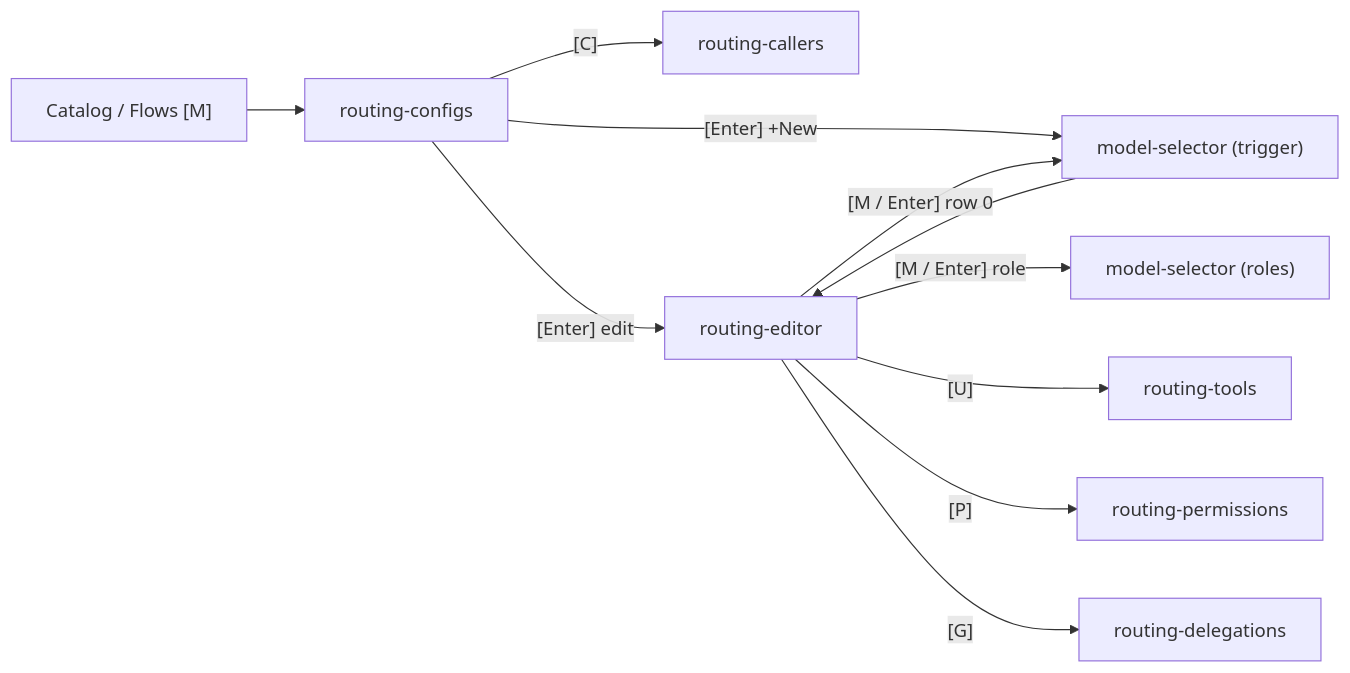
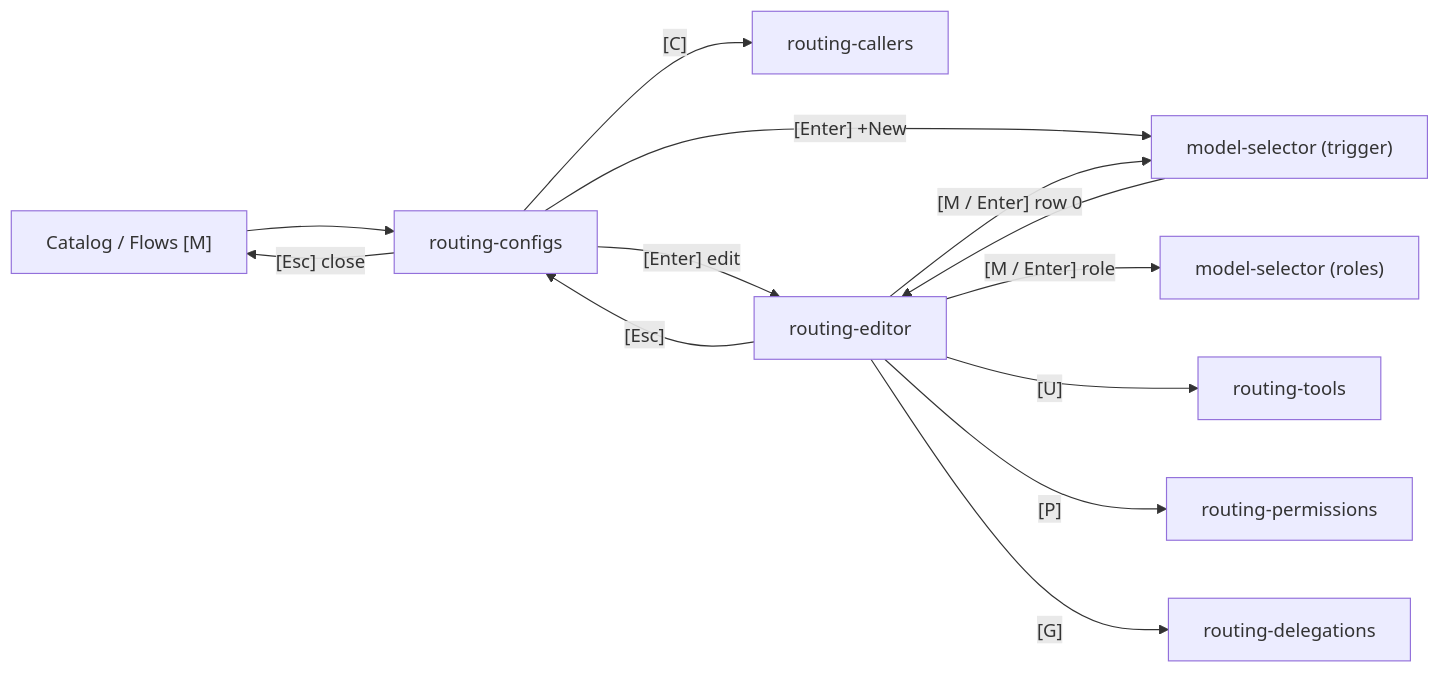
Before and after one commit to lorecanc/manage-agents: the diagram in wiki/components/workspaces-flows-and-sources.md, drawn with Mermaid. The commit also changed other lines of this file and 27 other files, not shown here.

````diff
--- a/wiki/components/workspaces-flows-and-sources.md
+++ b/wiki/components/workspaces-flows-and-sources.md
@@ -113,13 +135,15 @@
 ```mermaid
 graph LR
     Main["Catalog / Flows [M]"] --> Configs["routing-configs"]
     Configs -->|"[C]"| Callers["routing-callers"]
     Configs -->|"[Enter] edit"| Editor["routing-editor"]
     Configs -->|"[Enter] +New"| Picker["model-selector (trigger)"]
     Picker --> Editor
     Editor -->|"[M / Enter] row 0"| Picker
     Editor -->|"[M / Enter] role"| RolePicker["model-selector (roles)"]
     Editor -->|"[U]"| Tools["routing-tools"]
     Editor -->|"[P]"| Perms["routing-permissions"]
     Editor -->|"[G]"| Dels["routing-delegations"]
+    Editor -->|"[Esc]"| Configs
+    Configs -->|"[Esc] close"| Main
 ```
````
